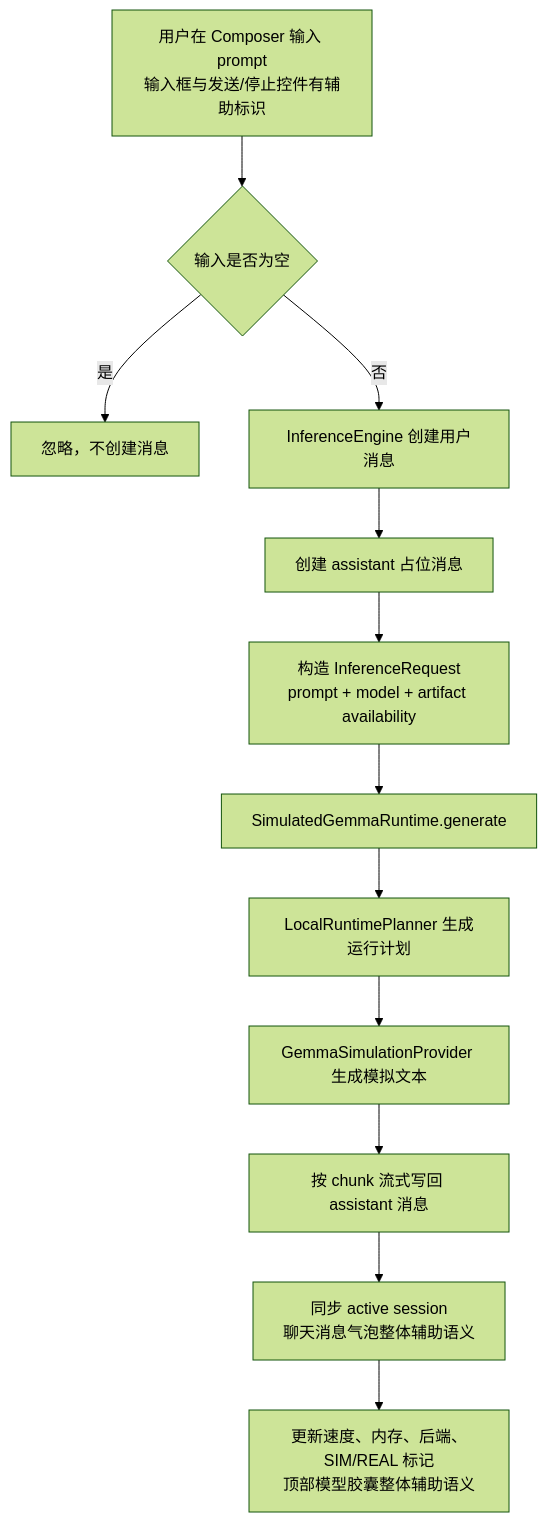
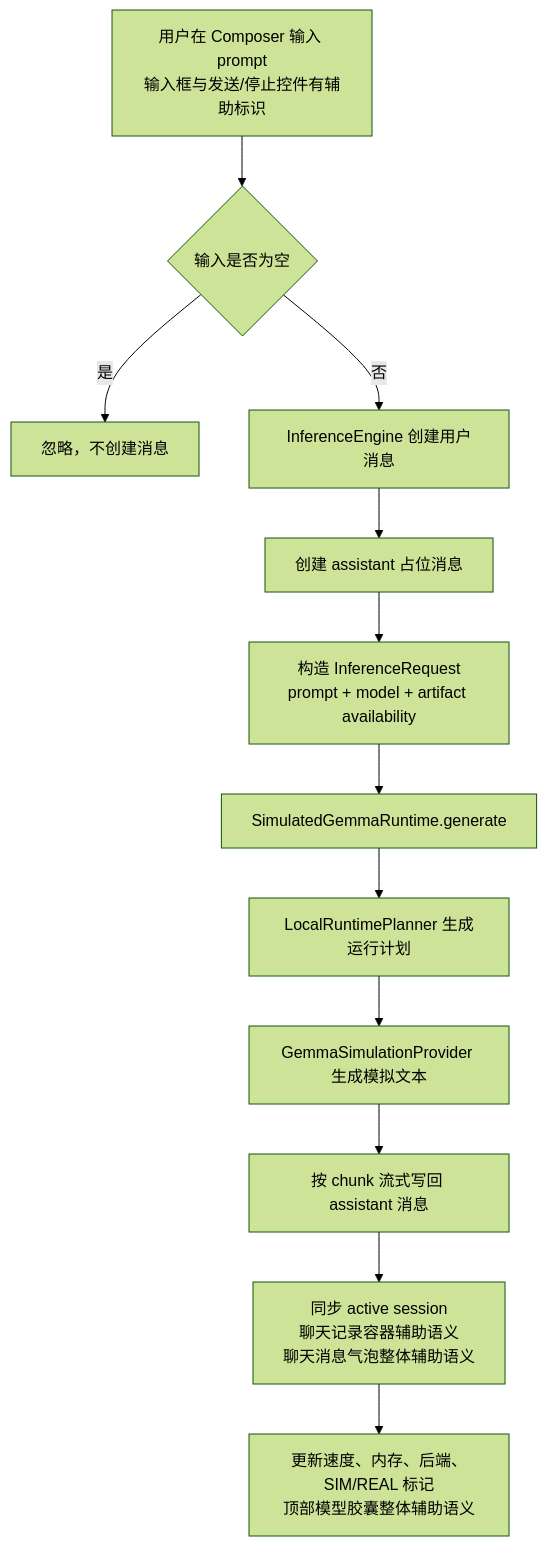
Before and after one commit to Altman-sam114/113: the third of 9 diagrams in md/flow/flowchart.md, drawn with Mermaid (forest theme). The commit also changed other lines of this file and 8 other files, not shown here.

````diff
--- a/md/flow/flowchart.md
+++ b/md/flow/flowchart.md
@@ -49,14 +49,14 @@
 ```mermaid
 flowchart TD
     A[用户在 Composer 输入 prompt<br/>输入框与发送/停止控件有辅助标识] --> B{输入是否为空}
     B -- 是 --> C[忽略，不创建消息]
     B -- 否 --> D[InferenceEngine 创建用户消息]
     D --> E[创建 assistant 占位消息]
     E --> F[构造 InferenceRequest<br/>prompt + model + artifact availability]
     F --> G[SimulatedGemmaRuntime.generate]
     G --> H[LocalRuntimePlanner 生成运行计划]
     H --> I[GemmaSimulationProvider 生成模拟文本]
     I --> J[按 chunk 流式写回 assistant 消息]
-    J --> K[同步 active session<br/>聊天消息气泡整体辅助语义]
+    J --> K[同步 active session<br/>聊天记录容器辅助语义<br/>聊天消息气泡整体辅助语义]
     K --> L[更新速度、内存、后端、SIM/REAL 标记<br/>顶部模型胶囊整体辅助语义]
 ```
````
